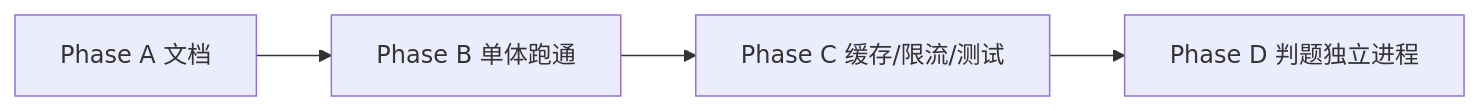
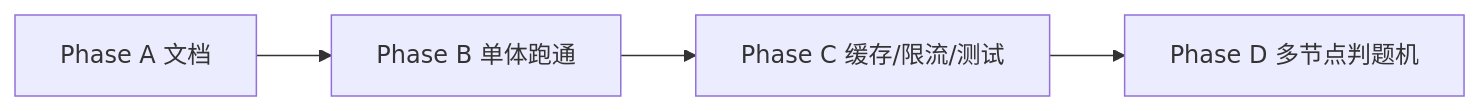
The third of 3 diagrams in docs/architecture.md (MilLoong/Nailong-OJ), drawn with Mermaid before and after one commit. The commit also changed other lines of this file and 56 other files, not shown here.

````diff
--- a/docs/architecture.md
+++ b/docs/architecture.md
@@ -269,6 +269,6 @@
 ```mermaid
 flowchart LR
     PhaseA[Phase A 文档] --> PhaseB[Phase B 单体跑通]
     PhaseB --> PhaseC[Phase C 缓存/限流/测试]
-    PhaseC --> PhaseD[Phase D 判题独立进程]
+    PhaseC --> PhaseD[Phase D 多节点判题机]
 ```
````
